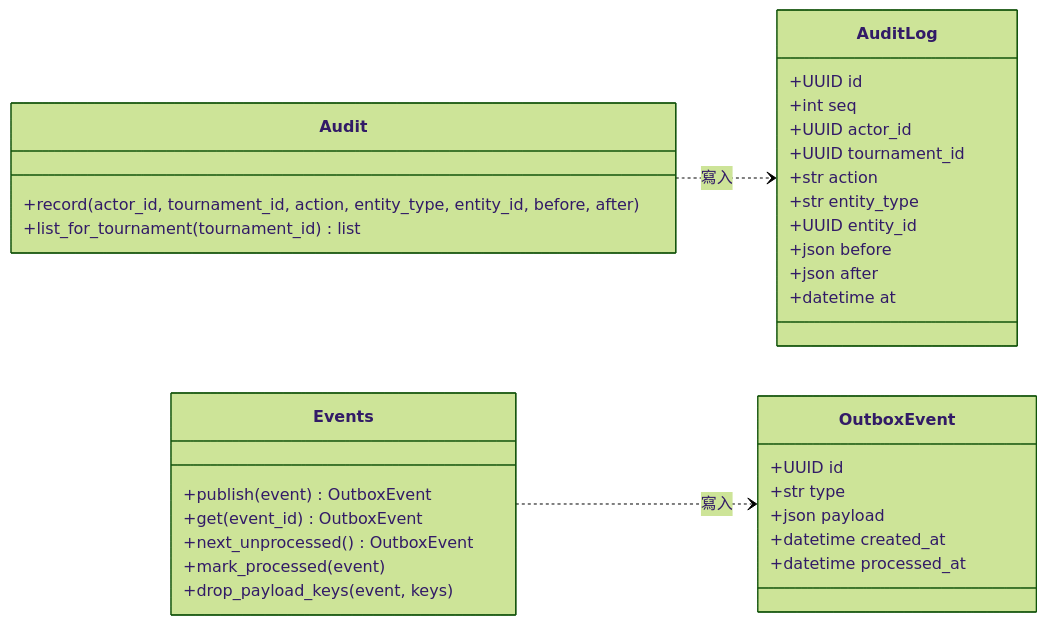
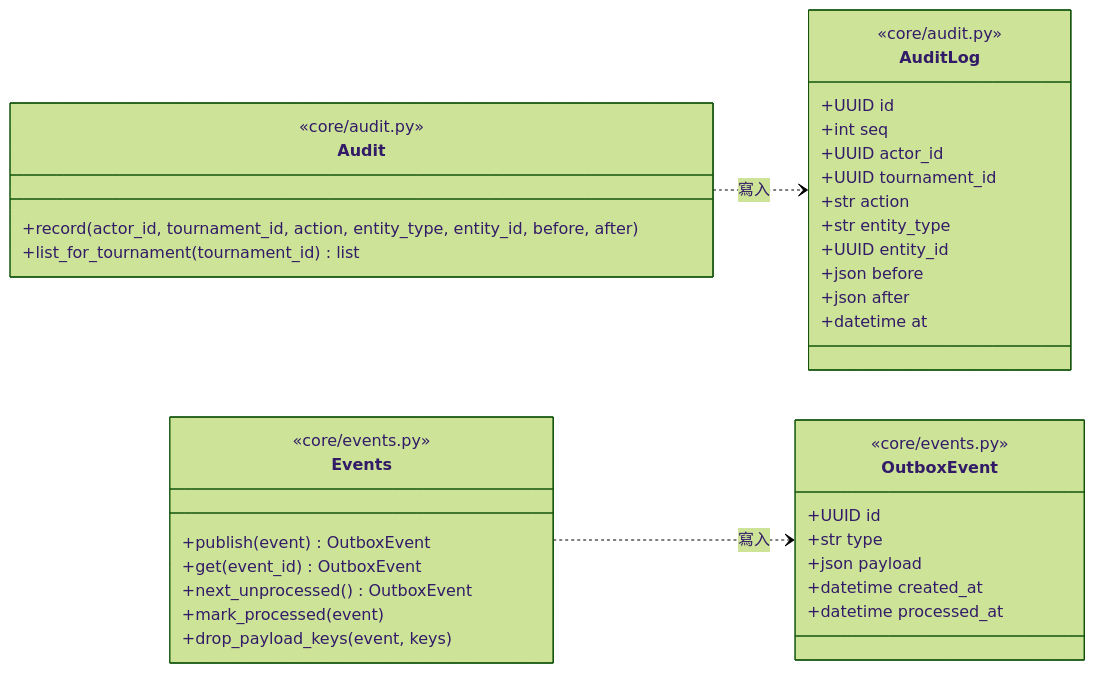
One commit to Team14good/esport-platform changed the second of 15 diagrams in docs/midterm/D-物件設計文件.md. Above: the diagram before and after it, drawn with Mermaid (forest theme). The commit also changed other lines of this file and 27 other files, not shown here.

First line of the commit message:
docs: B、C、D 其餘的圖全部對照程式標註

````diff
--- a/docs/midterm/D-物件設計文件.md
+++ b/docs/midterm/D-物件設計文件.md
@@ -78,36 +79,40 @@
 ```mermaid
 classDiagram
   direction LR
   class AuditLog {
+    <<core/audit.py>>
     +UUID id
     +int seq
     +UUID actor_id
     +UUID tournament_id
     +str action
     +str entity_type
     +UUID entity_id
     +json before
     +json after
     +datetime at
   }
   class OutboxEvent {
+    <<core/events.py>>
     +UUID id
     +str type
     +json payload
     +datetime created_at
     +datetime processed_at
   }
   class Audit {
+    <<core/audit.py>>
     +record(actor_id, tournament_id, action, entity_type, entity_id, before, after)
     +list_for_tournament(tournament_id) list
   }
   class Events {
+    <<core/events.py>>
     +publish(event) OutboxEvent
     +get(event_id) OutboxEvent
     +next_unprocessed() OutboxEvent
     +mark_processed(event)
     +drop_payload_keys(event, keys)
   }
   Audit ..> AuditLog : 寫入
   Events ..> OutboxEvent : 寫入
 ```
````
